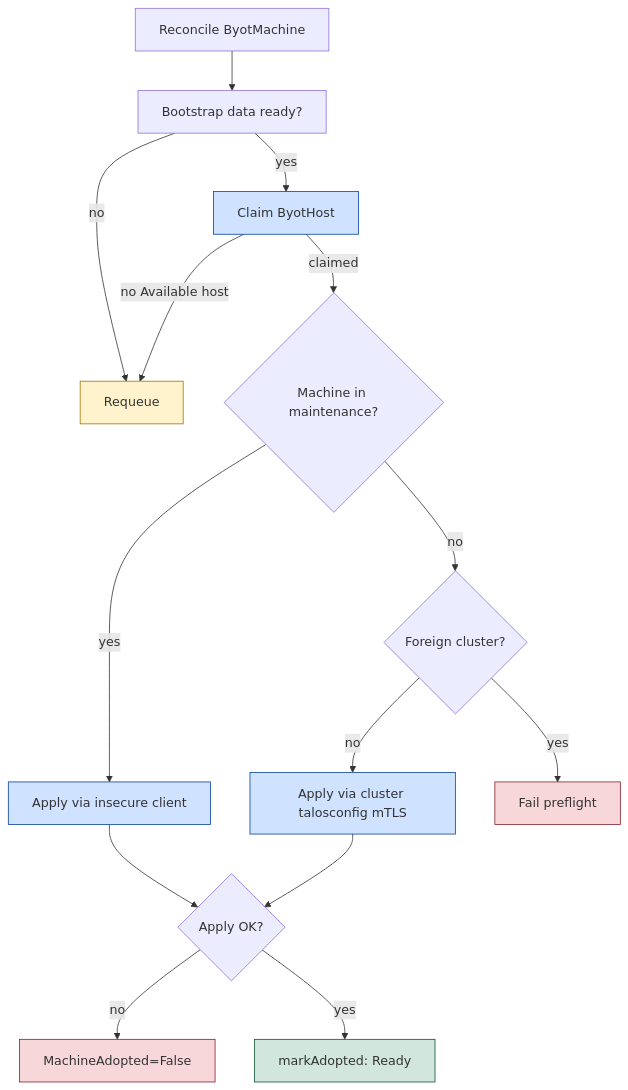
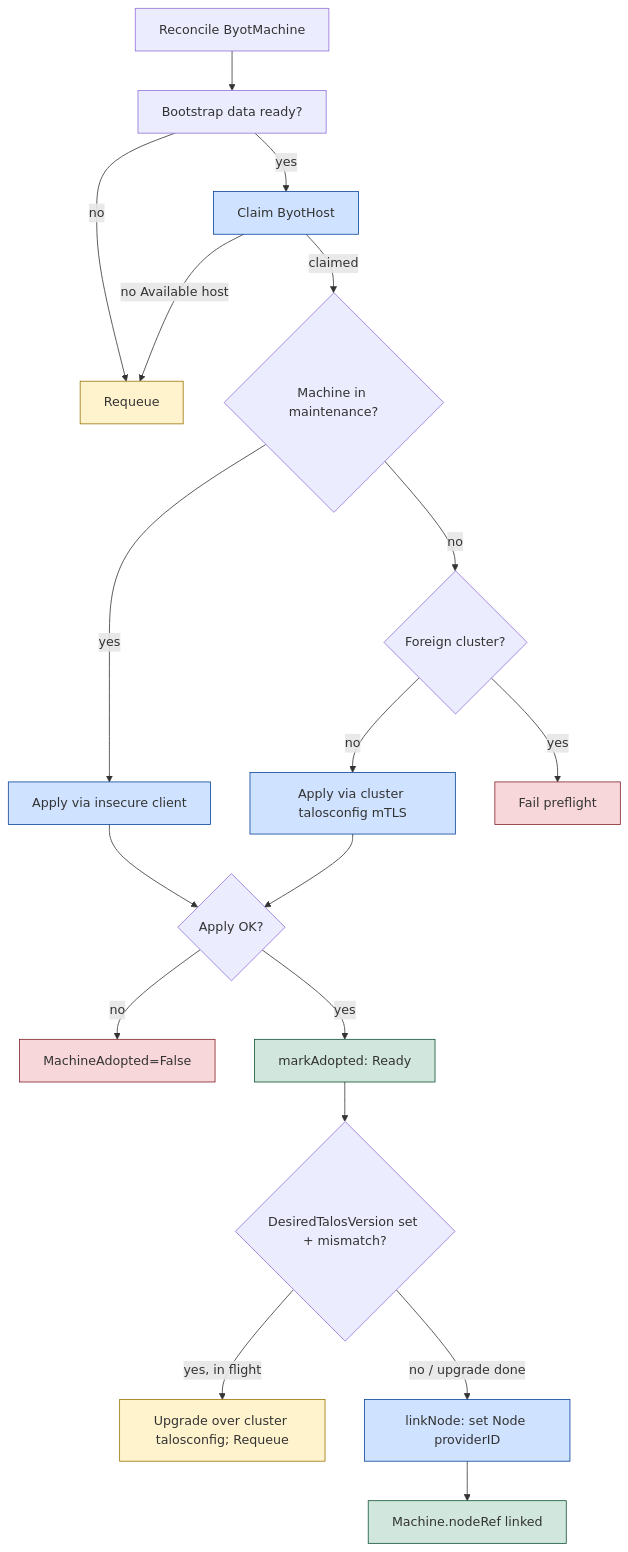
Before and after one commit to kommodity-io/cluster-api-provider-bringyourowntalos: the diagram in README.md, drawn with Mermaid. The commit also changed other lines of this file and 9 other files, not shown here.

Commit message:
feat(byot): post-adoption talos upgrade via cluster talosconfig [PLA-6555] (#13)

````diff
--- a/README.md
+++ b/README.md
@@ -159,20 +159,24 @@
 ```mermaid
 flowchart TD
     R[Reconcile ByotMachine] --> B[Bootstrap data ready?]
     B -->|no| W[Requeue]:::wait
     B -->|yes| CH[Claim ByotHost]:::action
     CH -->|no Available host| W
     CH -->|claimed| M{Machine in maintenance?}
     M -->|yes| A1[Apply via insecure client]:::action
     M -->|no| F{Foreign cluster?}
     F -->|no| A2[Apply via cluster talosconfig mTLS]:::action
     F -->|yes| X[Fail preflight]:::fail
     A1 --> S{Apply OK?}
     A2 --> S
     S -->|no| AF[MachineAdopted=False]:::fail
     S -->|yes| OK[markAdopted: Ready]:::ok
+    OK --> U{DesiredTalosVersion set + mismatch?}
+    U -->|yes, in flight| UR[Upgrade over cluster talosconfig; Requeue]:::wait
+    U -->|no / upgrade done| L[linkNode: set Node providerID]:::action
+    L --> NL[Machine.nodeRef linked]:::ok
     classDef wait fill:#fff3cd,stroke:#997404;
     classDef action fill:#cfe2ff,stroke:#084298;
     classDef ok fill:#d1e7dd,stroke:#0f5132;
     classDef fail fill:#f8d7da,stroke:#842029;
 ```
````
